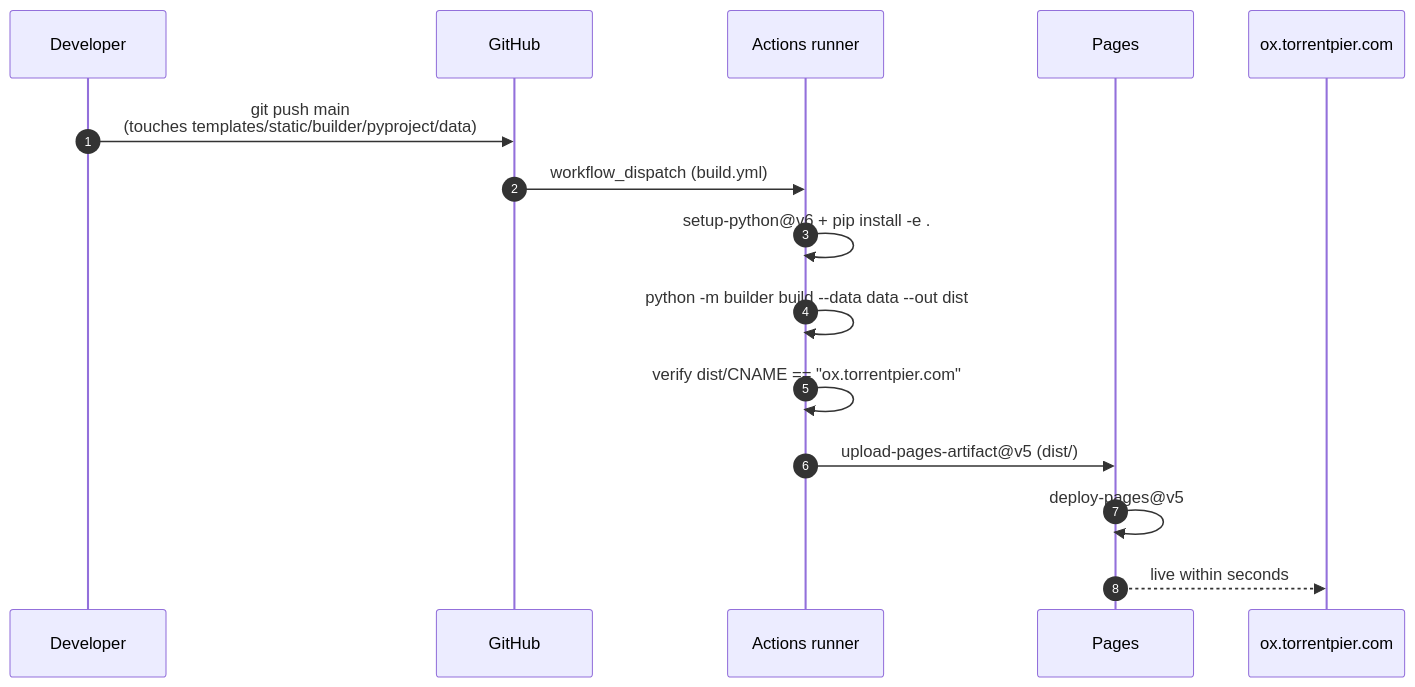
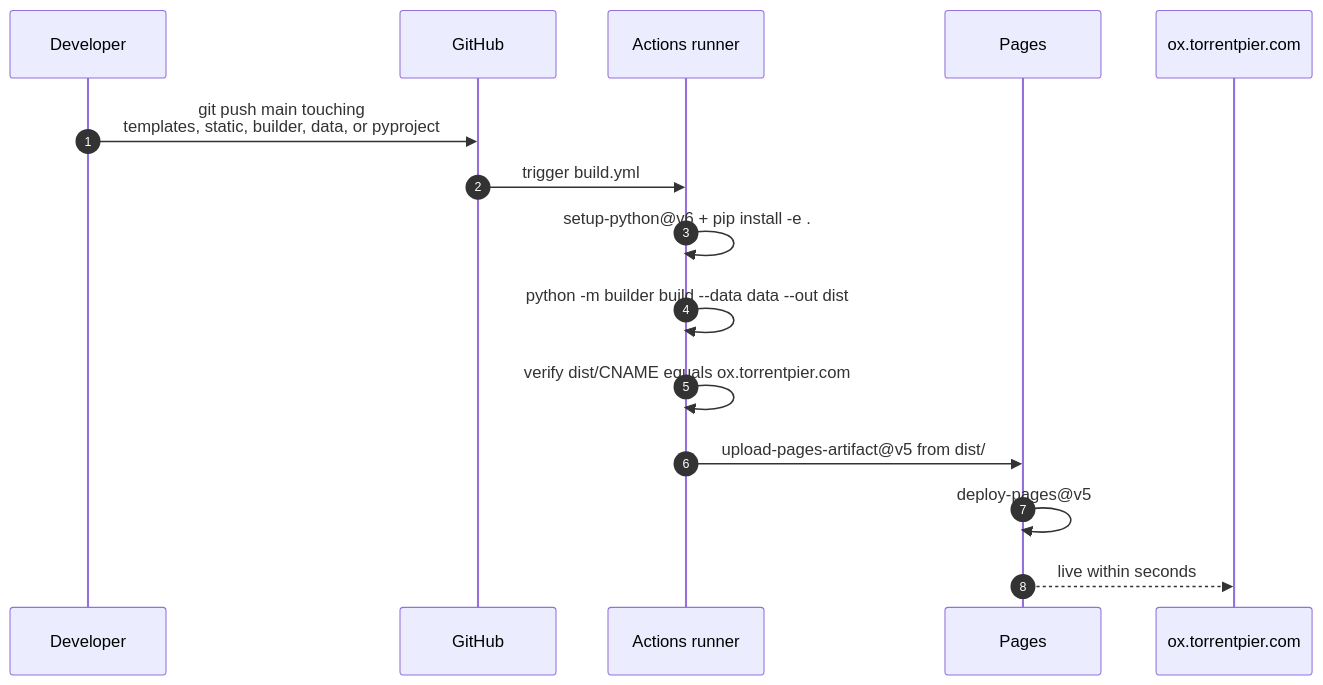
One commit to torrentpier/ox changed the third of 3 diagrams in ARCHITECTURE.md. Above: the diagram before and after it, drawn with Mermaid. The commit also changed other lines of this file and 2 other files, not shown here.

First line of the commit message:
fix: code-scanning, mermaid render, README copy

````diff
--- a/ARCHITECTURE.md
+++ b/ARCHITECTURE.md
@@ -70,18 +70,18 @@
 ```mermaid
 sequenceDiagram
     autonumber
     participant Dev as Developer
     participant GH as GitHub
     participant Act as Actions runner
     participant Pages as Pages
     participant Web as ox.torrentpier.com
 
-    Dev->>GH: git push main<br/>(touches templates/static/builder/pyproject/data)
-    GH->>Act: workflow_dispatch (build.yml)
+    Dev->>GH: git push main touching<br/>templates, static, builder, data, or pyproject
+    GH->>Act: trigger build.yml
     Act->>Act: setup-python@v6 + pip install -e .
     Act->>Act: python -m builder build --data data --out dist
-    Act->>Act: verify dist/CNAME == "ox.torrentpier.com"
-    Act->>Pages: upload-pages-artifact@v5 (dist/)
+    Act->>Act: verify dist/CNAME equals ox.torrentpier.com
+    Act->>Pages: upload-pages-artifact@v5 from dist/
     Pages->>Pages: deploy-pages@v5
     Pages-->>Web: live within seconds
 ```
````
